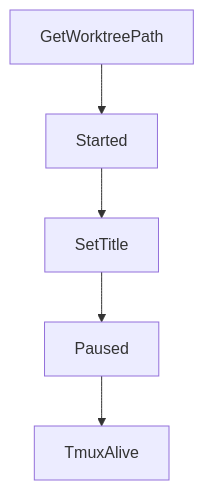
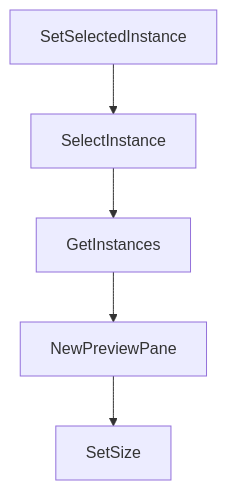
Before and after one commit to johnxie/awesome-code-docs: the diagram in tutorials/claude-squad-tutorial/04-multi-agent-program-integration.md, drawn with Mermaid. The commit also changed other lines of this file and 1232 other files, not shown here.

````diff
--- a/tutorials/claude-squad-tutorial/04-multi-agent-program-integration.md
+++ b/tutorials/claude-squad-tutorial/04-multi-agent-program-integration.md
@@ -212,12 +163,12 @@
 ```mermaid
 flowchart TD
-    A[GetWorktreePath]
-    B[Started]
-    C[SetTitle]
-    D[Paused]
-    E[TmuxAlive]
+    A[SetSelectedInstance]
+    B[SelectInstance]
+    C[GetInstances]
+    D[NewPreviewPane]
+    E[SetSize]
     A --> B
     B --> C
     C --> D
     D --> E
 ```
````
